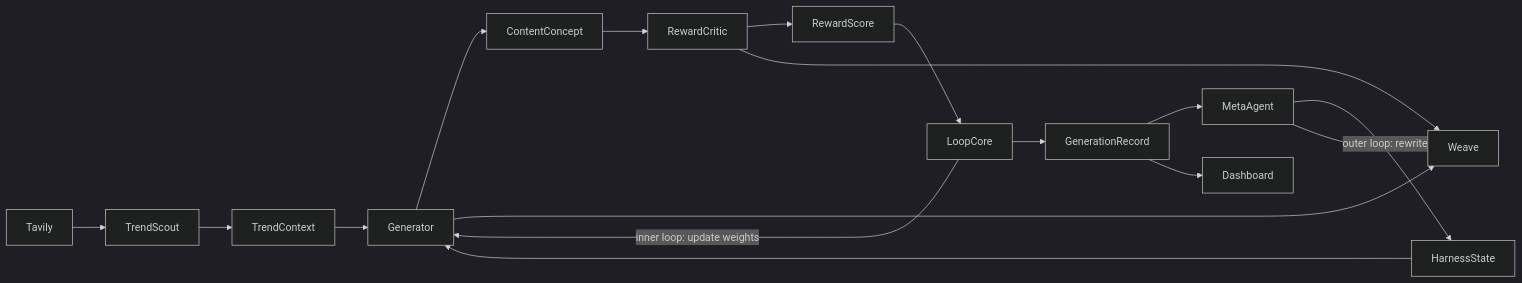
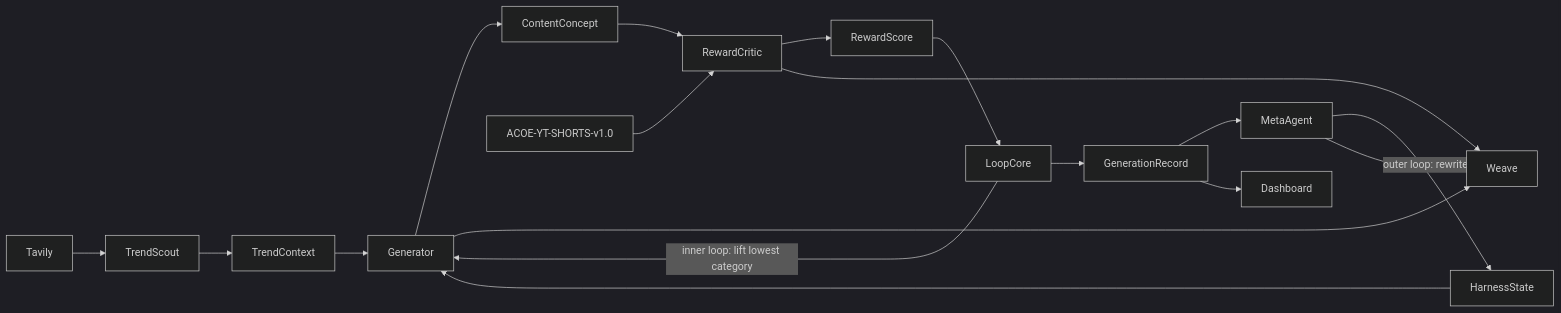
The diagram in docs/ARCHITECTURE.md (zoeyzheng123/harnesswiki-city), drawn with Mermaid (dark theme) before and after one commit. The commit also changed other lines of this file and 19 other files, not shown here.

First line of the commit message:
Pivot to short-form-video vertical: ACOE-YT-SHORTS-v1.0 evaluation policy

````diff
--- a/docs/ARCHITECTURE.md
+++ b/docs/ARCHITECTURE.md
@@ -33,19 +36,20 @@
 ```mermaid
 flowchart LR
   Tavily --> TrendScout
   TrendScout --> TrendContext
   TrendContext --> Generator
   HarnessState --> Generator
   Generator --> ContentConcept
   ContentConcept --> RewardCritic
+  ACOE[ACOE-YT-SHORTS-v1.0] --> RewardCritic
   RewardCritic --> RewardScore
   RewardScore --> LoopCore
-  LoopCore -->|inner loop: update weights| Generator
+  LoopCore -->|inner loop: lift lowest category| Generator
   LoopCore --> GenerationRecord
   GenerationRecord --> MetaAgent
   MetaAgent -->|outer loop: rewrite| HarnessState
   GenerationRecord --> Dashboard
   Generator --> Weave
   RewardCritic --> Weave
   MetaAgent --> Weave
 ```
````
